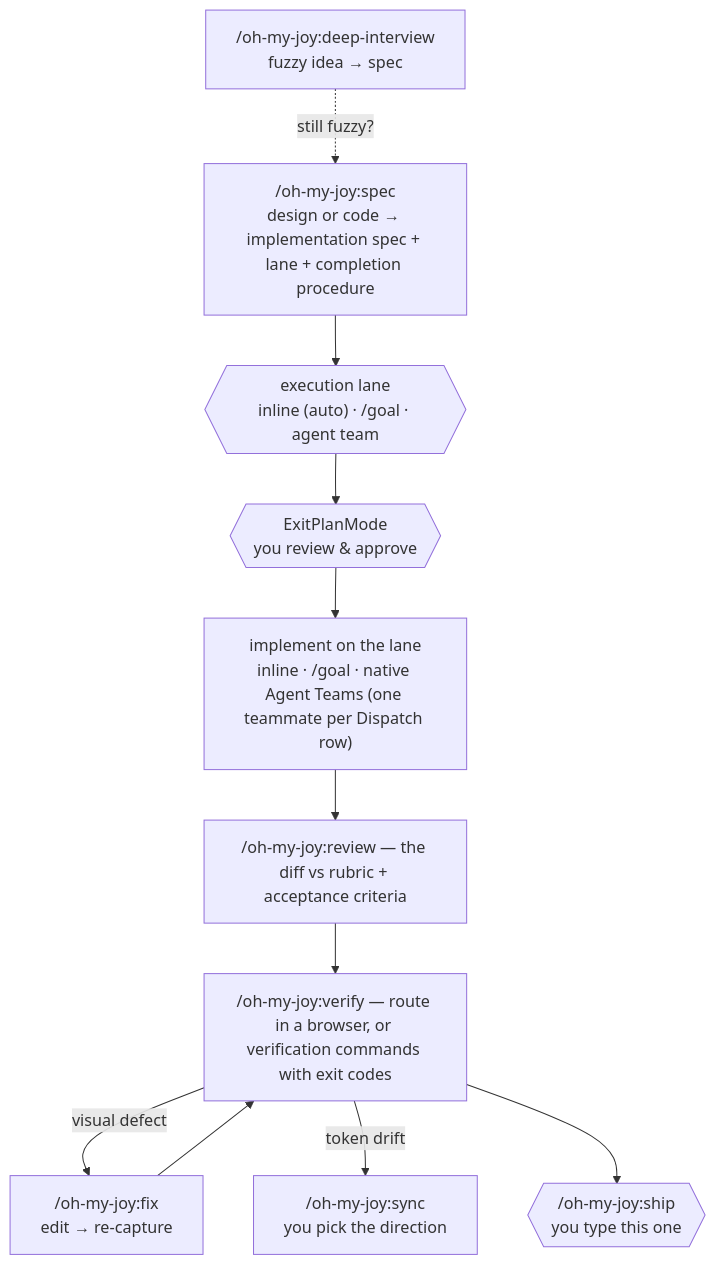
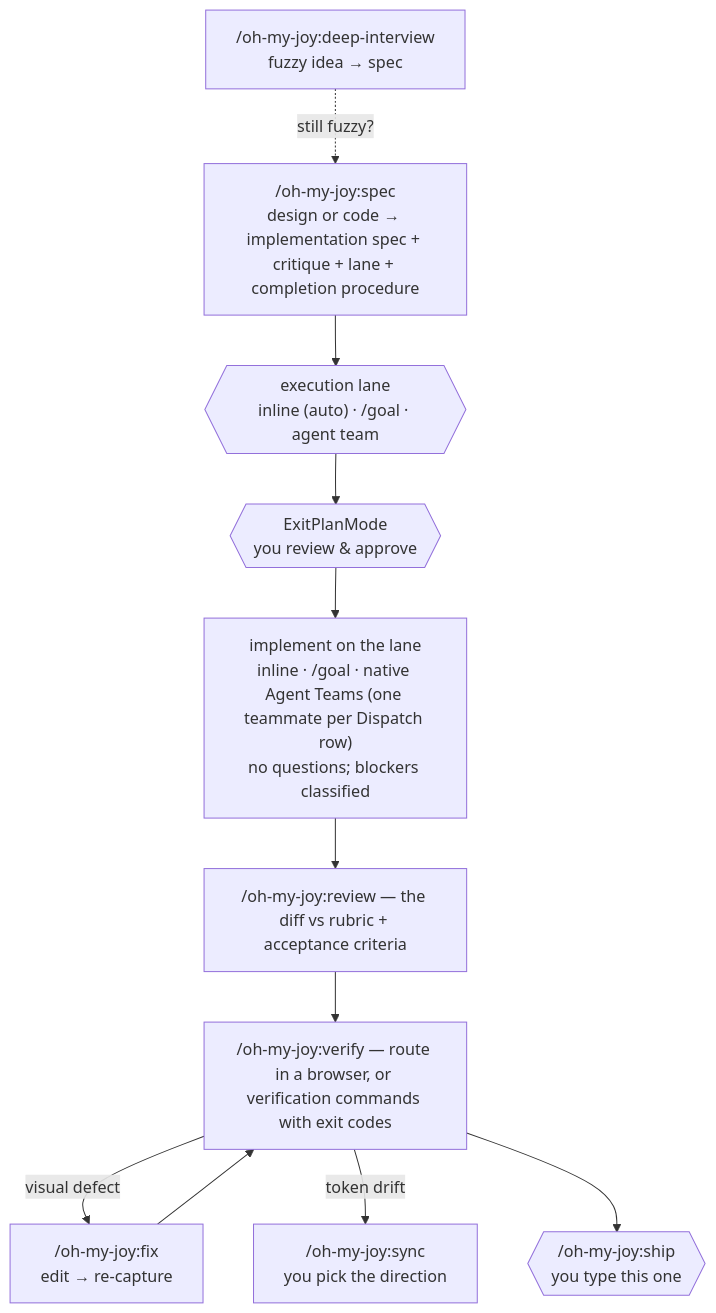
The diagram in README.md (S-jooyoung/oh-my-joy), drawn with Mermaid before and after one commit. The commit also changed other lines of this file and 48 other files, not shown here.

````diff
--- a/README.md
+++ b/README.md
@@ -146,13 +181,13 @@
 ```mermaid
 flowchart TD
     DI["/oh-my-joy:deep-interview<br/>fuzzy idea → spec"] -.->|"still fuzzy?"| S
-    S["/oh-my-joy:spec<br/>design or code → implementation spec + lane + completion procedure"] --> L{{"execution lane<br/>inline (auto) · /goal · agent team"}}
+    S["/oh-my-joy:spec<br/>design or code → implementation spec + critique + lane + completion procedure"] --> L{{"execution lane<br/>inline (auto) · /goal · agent team"}}
     L --> P{{"ExitPlanMode<br/>you review & approve"}}
-    P --> I["implement on the lane<br/>inline · /goal · native Agent Teams (one teammate per Dispatch row)"]
+    P --> I["implement on the lane<br/>inline · /goal · native Agent Teams (one teammate per Dispatch row)<br/>no questions; blockers classified"]
     I --> R["/oh-my-joy:review — the diff vs rubric + acceptance criteria"]
     R --> V["/oh-my-joy:verify — route in a browser, or verification commands with exit codes"]
     V -->|"visual defect"| F["/oh-my-joy:fix<br/>edit → re-capture"]
     F --> V
     V -->|"token drift"| T["/oh-my-joy:sync<br/>you pick the direction"]
     V --> SH{{"/oh-my-joy:ship<br/>you type this one"}}
 ```
````
